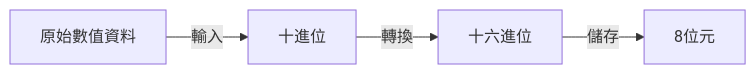
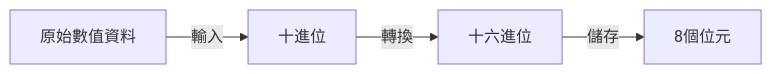
The first of 2 diagrams in 未處理/處理中/LENGTH.md (kuku0508/kuku_note_ver_2), drawn with Mermaid before and after one commit. The commit also changed other lines of this file, not shown here.

````diff
--- a/未處理/處理中/LENGTH.md
+++ b/未處理/處理中/LENGTH.md
@@ -12,10 +12,10 @@
 ```mermaid
 flowchart LR
 A@{shape:square,label: "原始數值資料"}
 B@{shape:square,label: "十進位"}
 C@{shape:square,label: "十六進位"}
-D@{shape:square,label: "8位元"}
+D@{shape:square,label: "8個位元"}
 A-->|輸入|B
 B-->|轉換|C
 C-->|儲存|D
 ```
````
